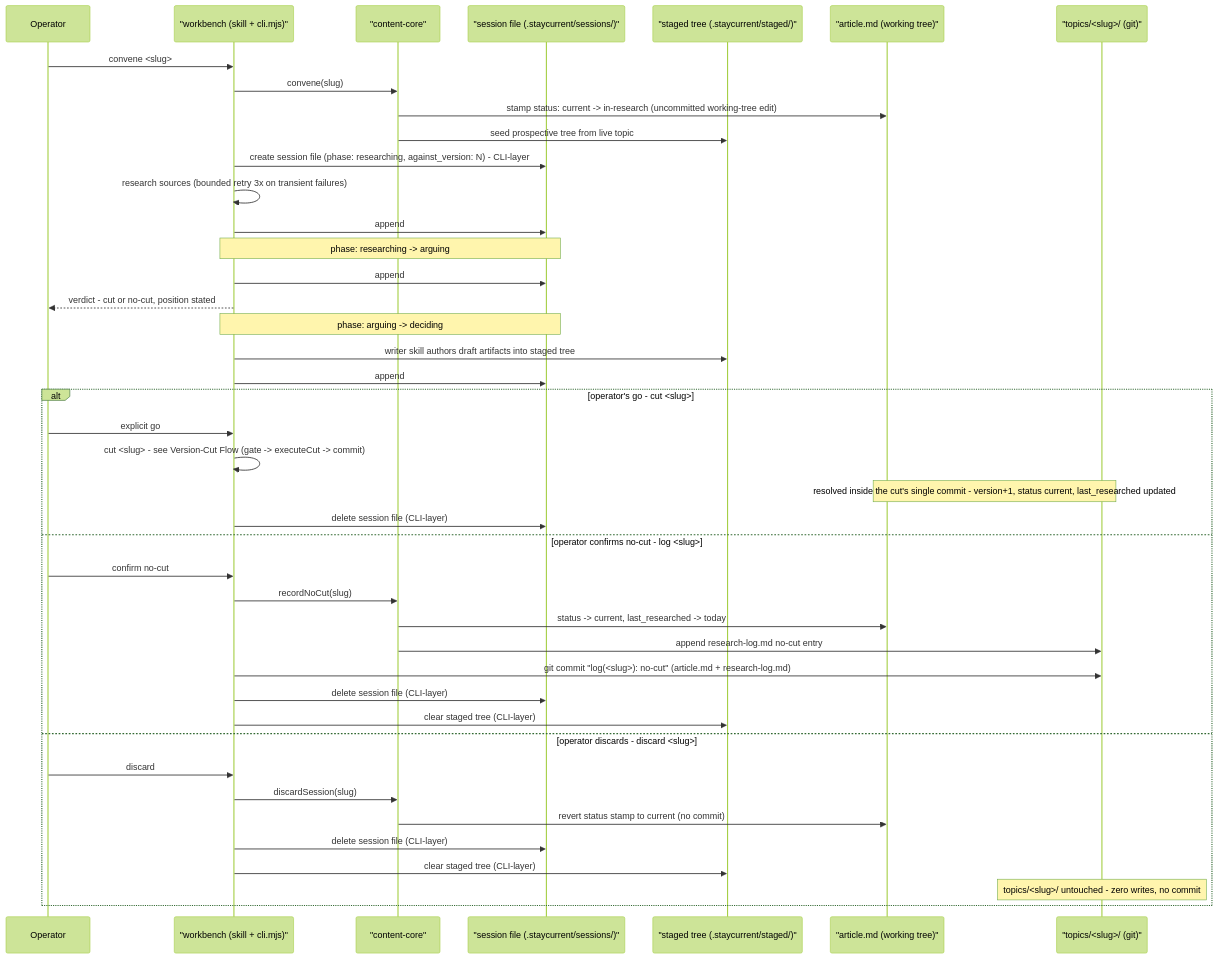
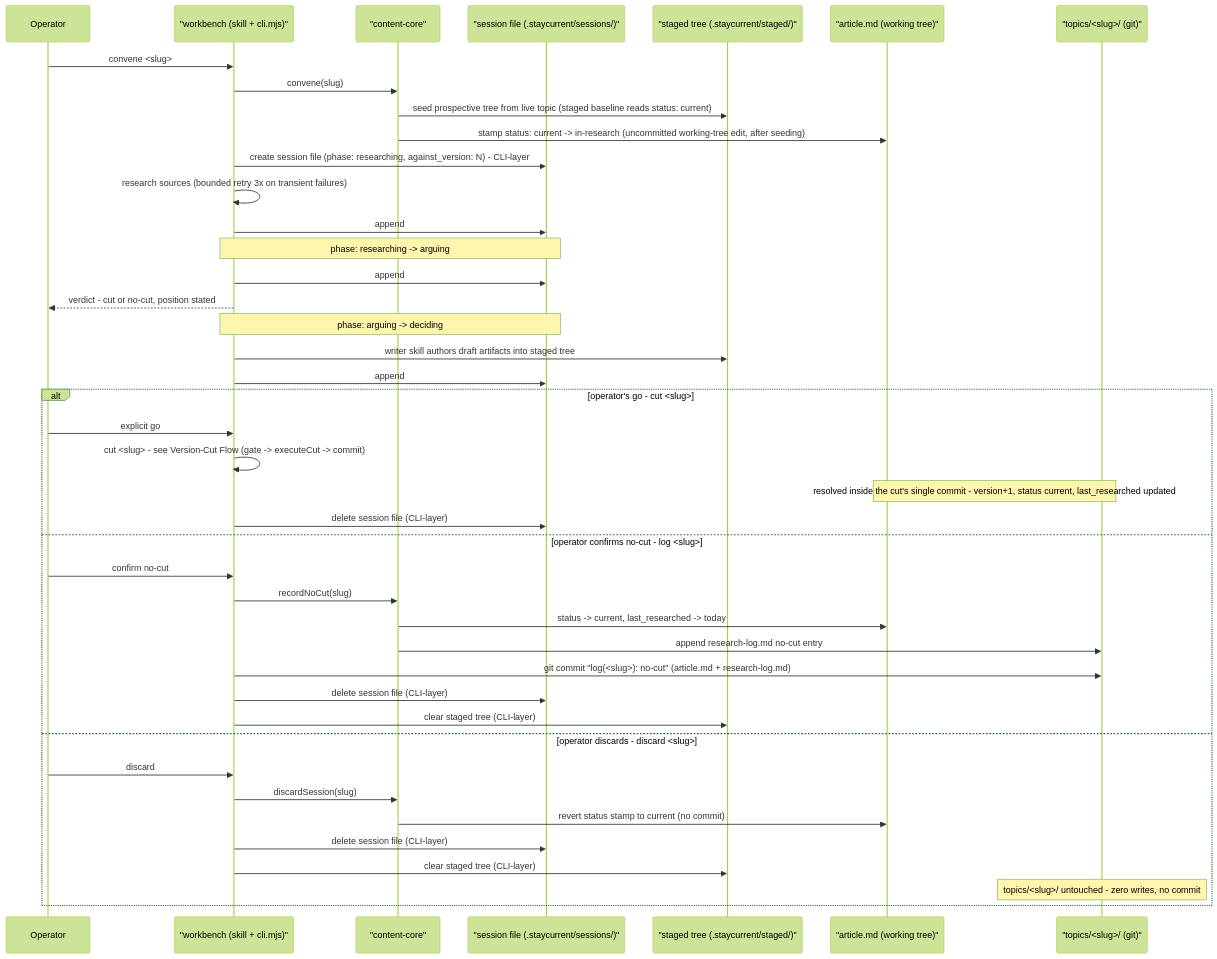
The third of 4 diagrams in docs/bets/first-living-topic/technical-design/02-data-flows.md (ryannel/staycurrent), drawn with Mermaid (forest theme) before and after one commit. The commit also changed other lines of this file and 29 other files, not shown here.

````diff
--- a/docs/bets/first-living-topic/technical-design/02-data-flows.md
+++ b/docs/bets/first-living-topic/technical-design/02-data-flows.md
@@ -118,45 +118,45 @@
 ```mermaid
 sequenceDiagram
     participant O as Operator
     participant Wk as "workbench (skill + cli.mjs)"
     participant Core as "content-core"
     participant Sq as "session file (.staycurrent/sessions/)"
     participant St as "staged tree (.staycurrent/staged/)"
     participant Aw as "article.md (working tree)"
     participant T as "topics/<slug>/ (git)"
 
     O->>Wk: convene <slug>
     Wk->>Core: convene(slug)
-    Core->>Aw: stamp status: current -> in-research (uncommitted working-tree edit)
-    Core->>St: seed prospective tree from live topic
+    Core->>St: seed prospective tree from live topic (staged baseline reads status: current)
+    Core->>Aw: stamp status: current -> in-research (uncommitted working-tree edit, after seeding)
     Wk->>Sq: create session file (phase: researching, against_version: N) - CLI-layer
     Wk->>Wk: research sources (bounded retry 3x on transient failures)
     Wk->>Sq: append ## Findings (digest, ranked by consequence)
     Note over Wk,Sq: phase: researching -> arguing
     Wk->>Sq: append ## Argument (stance points raised / resolved)
     Wk-->>O: verdict - cut or no-cut, position stated
     Note over Wk,Sq: phase: arguing -> deciding
     Wk->>St: writer skill authors draft artifacts into staged tree
     Wk->>Sq: append ## Draft (narrative of the proposed cut)
     alt operator's go - cut <slug>
         O->>Wk: explicit go
         Wk->>Wk: cut <slug> - see Version-Cut Flow (gate -> executeCut -> commit)
         Note over Aw,T: resolved inside the cut's single commit - version+1, status current, last_researched updated
         Wk->>Sq: delete session file (CLI-layer)
     else operator confirms no-cut - log <slug>
         O->>Wk: confirm no-cut
         Wk->>Core: recordNoCut(slug)
         Core->>Aw: status -> current, last_researched -> today
         Core->>T: append research-log.md no-cut entry
         Wk->>T: git commit "log(<slug>): no-cut" (article.md + research-log.md)
         Wk->>Sq: delete session file (CLI-layer)
         Wk->>St: clear staged tree (CLI-layer)
     else operator discards - discard <slug>
         O->>Wk: discard
         Wk->>Core: discardSession(slug)
         Core->>Aw: revert status stamp to current (no commit)
         Wk->>Sq: delete session file (CLI-layer)
         Wk->>St: clear staged tree (CLI-layer)
         Note over T: topics/<slug>/ untouched - zero writes, no commit
     end
 ```
````
